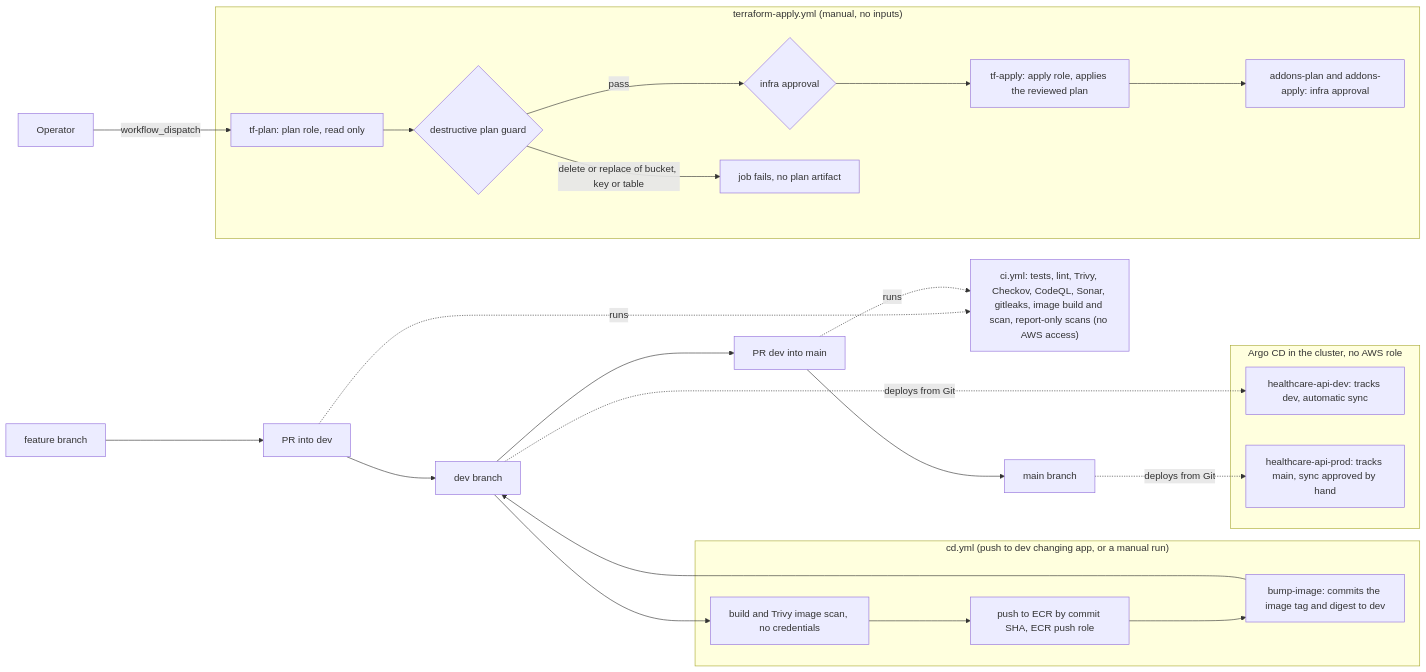
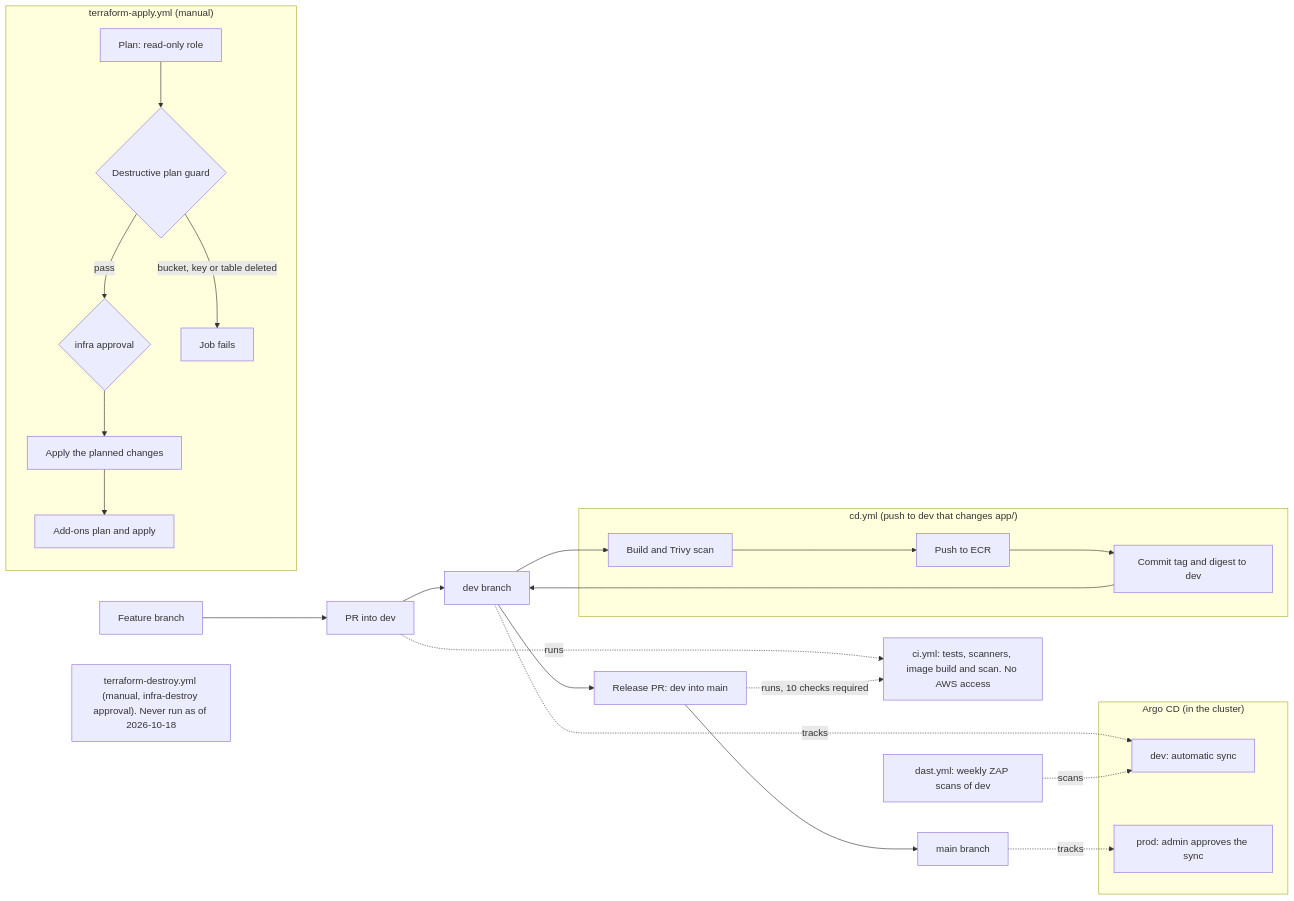
The second of 3 diagrams in docs/architecture.md (zeinhaidara/healthcare-eks-secops), drawn with Mermaid before and after one commit. The commit also changed other lines of this file and 9 other files, not shown here.

First line of the commit message:
docs: restore talk docs, tighten docs, update diagrams and headlines

````diff
--- a/docs/architecture.md
+++ b/docs/architecture.md
@@ -82,42 +73,29 @@
 ```mermaid
 flowchart LR
-    feat["feature branch"]
-    prdev["PR into dev"]
-    devbr["dev branch"]
-    prmain["PR dev into main"]
-    mainbr["main branch"]
-    ci["ci.yml: tests, lint, Trivy, Checkov, CodeQL, Sonar, gitleaks, image build and scan, report-only scans (no AWS access)"]
+    feat["Feature branch"] --> prdev["PR into dev"] --> devbr["dev branch"] --> prmain["Release PR: dev into main"] --> mainbr["main branch"]
+    ci["ci.yml: tests, scanners, image build and scan. No AWS access"]
+    prdev -. "runs" .-> ci
+    prmain -. "runs, 10 checks required" .-> ci
 
-    feat --> prdev --> devbr --> prmain --> mainbr
-    prdev -. "runs" .-> ci
-    prmain -. "runs" .-> ci
-
-    subgraph cd["cd.yml (push to dev changing app, or a manual run)"]
-        build["build and Trivy image scan, no credentials"]
-        push["push to ECR by commit SHA, ECR push role"]
-        bump["bump-image: commits the image tag and digest to dev"]
-        build --> push --> bump
+    subgraph cd["cd.yml (push to dev that changes app/)"]
+        build["Build and Trivy scan"] --> push["Push to ECR"] --> bump["Commit tag and digest to dev"]
     end
     devbr --> build
     bump --> devbr
 
-    subgraph argo["Argo CD in the cluster, no AWS role"]
-        adev["healthcare-api-dev: tracks dev, automatic sync"]
-        aprod["healthcare-api-prod: tracks main, sync approved by hand"]
+    subgraph argocd["Argo CD (in the cluster)"]
+        adev["dev: automatic sync"]
+        aprod["prod: admin approves the sync"]
     end
-    devbr -. "deploys from Git" .-> adev
-    mainbr -. "deploys from Git" .-> aprod
+    devbr -. "tracks" .-> adev
+    mainbr -. "tracks" .-> aprod
 
-    subgraph tf["terraform-apply.yml (manual, no inputs)"]
-        plan["tf-plan: plan role, read only"]
-        guard{"destructive plan guard"}
-        gate{"infra approval"}
-        apply["tf-apply: apply role, applies the reviewed plan"]
-        addons["addons-plan and addons-apply: infra approval"]
-        plan --> guard
-        guard -- "pass" --> gate
-        guard -- "delete or replace of bucket, key or table" --> blocked["job fails, no plan artifact"]
-        gate --> apply --> addons
+    dast["dast.yml: weekly ZAP scans of dev"] -. "scans" .-> adev
+
+    subgraph tf["terraform-apply.yml (manual)"]
+        plan["Plan: read-only role"] --> guard{"Destructive plan guard"}
+        guard -- "pass" --> gate{"infra approval"} --> apply["Apply the planned changes"] --> addons["Add-ons plan and apply"]
+        guard -- "bucket, key or table deleted" --> blocked["Job fails"]
     end
-    operator["Operator"] -- "workflow_dispatch" --> plan
+    destroy["terraform-destroy.yml (manual, infra-destroy approval). Never run as of 2026-10-18"]
 ```
````
